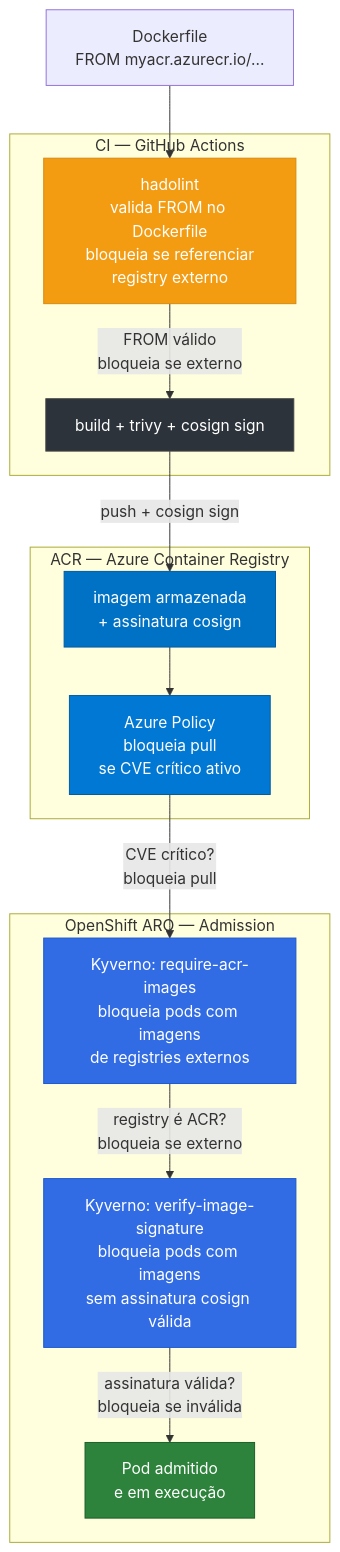
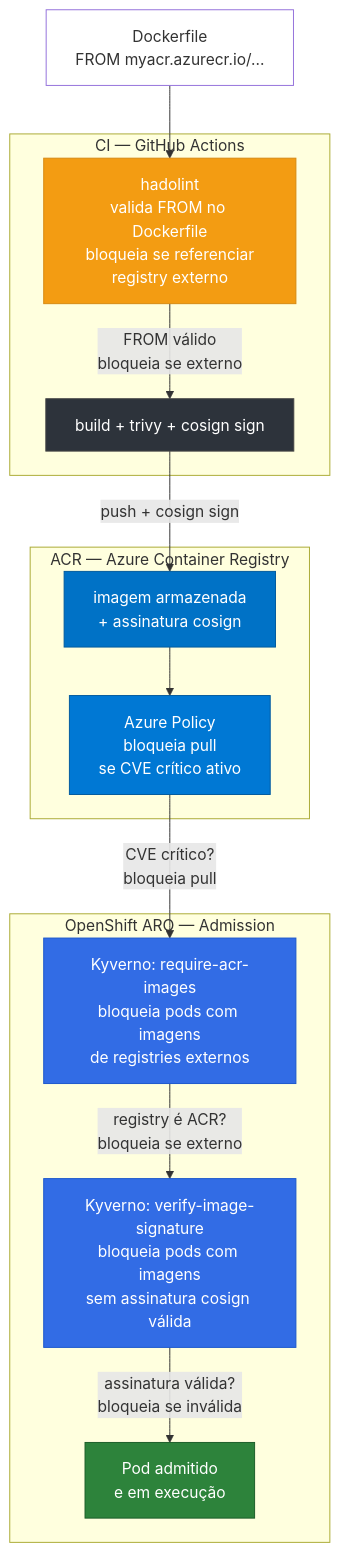
Before and after one commit to welbsterhansi/renovate: the third of 3 diagrams in image-lifecycle.md, drawn with Mermaid. The commit also changed other lines of this file, not shown here.

Commit message:
Force white background on Mermaid diagrams via themeVariables.

````diff
--- a/image-lifecycle.md
+++ b/image-lifecycle.md
@@ -715,37 +715,37 @@
 ```mermaid
-%%{init: {'theme': 'default'}}%%
+%%{init: {'theme': 'default', 'themeVariables': {'background': '#ffffff', 'mainBkg': '#ffffff'}}}%%
 flowchart TD
     DF["Dockerfile\nFROM myacr.azurecr.io/..."]
 
     subgraph CI ["CI — GitHub Actions"]
         HL["hadolint\nvalida FROM no Dockerfile\nbloqueia se referenciar\nregistry externo"]
         BUILD["build + trivy + cosign sign"]
     end
 
     subgraph ACR ["ACR — Azure Container Registry"]
         IMG["imagem armazenada\n+ assinatura cosign"]
         AZP["Azure Policy\nbloqueia pull\nse CVE crítico ativo"]
     end
 
     subgraph OCP ["OpenShift ARO — Admission"]
         KV1["Kyverno: require-acr-images\nbloqueia pods com imagens\nde registries externos"]
         KV2["Kyverno: verify-image-signature\nbloqueia pods com imagens\nsem assinatura cosign válida"]
         POD["Pod admitido\ne em execução"]
     end
 
     DF --> HL
     HL -->|"FROM válido\nbloqueia se externo"| BUILD
     BUILD -->|"push + cosign sign"| IMG
     IMG --> AZP
     AZP -->|"CVE crítico?\nbloqueia pull"| KV1
     KV1 -->|"registry é ACR?\nbloqueia se externo"| KV2
     KV2 -->|"assinatura válida?\nbloqueia se inválida"| POD
 
     style HL fill:#f39c12,color:#fff,stroke:#d68910
     style BUILD fill:#2d333b,color:#fff,stroke:#444
     style IMG fill:#0072c6,color:#fff,stroke:#005a9e
     style AZP fill:#0078d4,color:#fff,stroke:#005a9e
     style KV1 fill:#326ce5,color:#fff,stroke:#1a56cc
     style KV2 fill:#326ce5,color:#fff,stroke:#1a56cc
     style POD fill:#2d833b,color:#fff,stroke:#1a5c28
 ```
````
